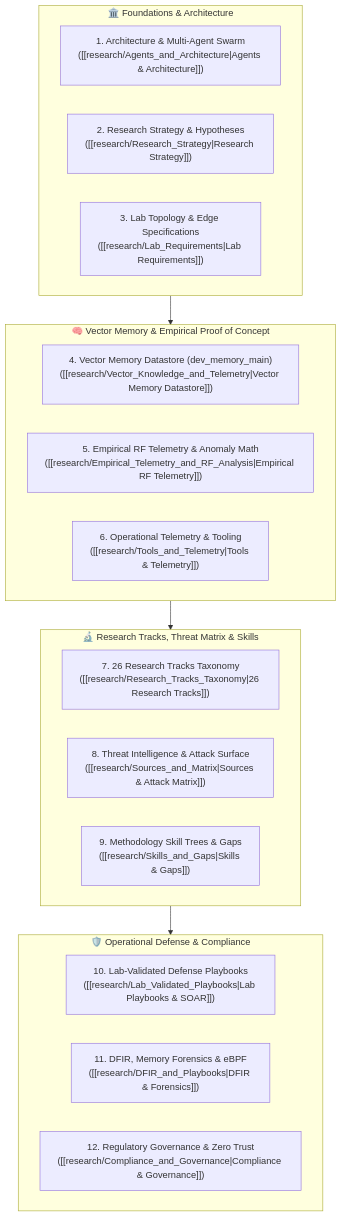
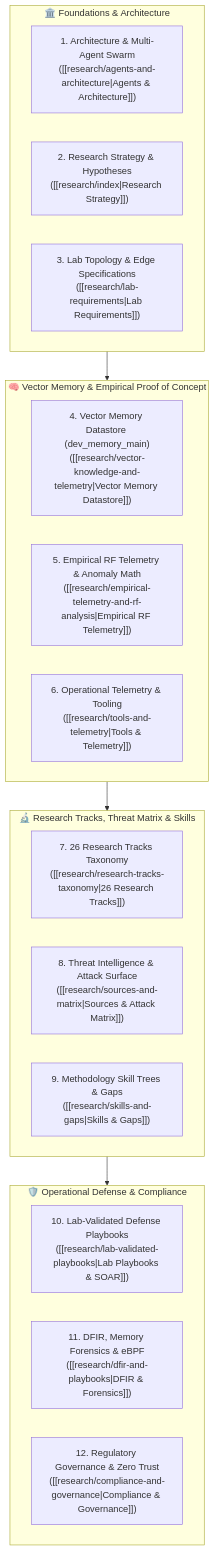
Before and after one commit to rpdev-cdn/wiki.iamrp.dev: the diagram in content/research/index.md, drawn with Mermaid. The commit also changed other lines of this file, not shown here.

Commit message:
fix(research): normalize internal wiki links to lowercase kebab-case

````diff
--- a/content/research/index.md
+++ b/content/research/index.md
@@ -41,30 +41,30 @@
 ```mermaid
 graph TD
     subgraph Foundation["🏛️ Foundations & Architecture"]
-        Arch["1. Architecture & Multi-Agent Swarm<br>([[research/Agents_and_Architecture|Agents & Architecture]])"]
-        Strat["2. Research Strategy & Hypotheses<br>([[research/Research_Strategy|Research Strategy]])"]
-        Lab["3. Lab Topology & Edge Specifications<br>([[research/Lab_Requirements|Lab Requirements]])"]
+        Arch["1. Architecture & Multi-Agent Swarm<br>([[research/agents-and-architecture|Agents & Architecture]])"]
+        Strat["2. Research Strategy & Hypotheses<br>([[research/index|Research Strategy]])"]
+        Lab["3. Lab Topology & Edge Specifications<br>([[research/lab-requirements|Lab Requirements]])"]
     end
 
     subgraph Vector_Cognition["🧠 Vector Memory & Empirical Proof of Concept"]
-        Vector["4. Vector Memory Datastore (dev_memory_main)<br>([[research/Vector_Knowledge_and_Telemetry|Vector Memory Datastore]])"]
-        RF["5. Empirical RF Telemetry & Anomaly Math<br>([[research/Empirical_Telemetry_and_RF_Analysis|Empirical RF Telemetry]])"]
-        Tools["6. Operational Telemetry & Tooling<br>([[research/Tools_and_Telemetry|Tools & Telemetry]])"]
+        Vector["4. Vector Memory Datastore (dev_memory_main)<br>([[research/vector-knowledge-and-telemetry|Vector Memory Datastore]])"]
+        RF["5. Empirical RF Telemetry & Anomaly Math<br>([[research/empirical-telemetry-and-rf-analysis|Empirical RF Telemetry]])"]
+        Tools["6. Operational Telemetry & Tooling<br>([[research/tools-and-telemetry|Tools & Telemetry]])"]
     end
 
     subgraph Deep_Research["🔬 Research Tracks, Threat Matrix & Skills"]
-        Tracks["7. 26 Research Tracks Taxonomy<br>([[research/Research_Tracks_Taxonomy|26 Research Tracks]])"]
-        Matrix["8. Threat Intelligence & Attack Surface<br>([[research/Sources_and_Matrix|Sources & Attack Matrix]])"]
-        Skills["9. Methodology Skill Trees & Gaps<br>([[research/Skills_and_Gaps|Skills & Gaps]])"]
+        Tracks["7. 26 Research Tracks Taxonomy<br>([[research/research-tracks-taxonomy|26 Research Tracks]])"]
+        Matrix["8. Threat Intelligence & Attack Surface<br>([[research/sources-and-matrix|Sources & Attack Matrix]])"]
+        Skills["9. Methodology Skill Trees & Gaps<br>([[research/skills-and-gaps|Skills & Gaps]])"]
     end
 
     subgraph Operations_Governance["🛡️ Operational Defense & Compliance"]
-        Playbooks["10. Lab-Validated Defense Playbooks<br>([[research/Lab_Validated_Playbooks|Lab Playbooks & SOAR]])"]
-        DFIR["11. DFIR, Memory Forensics & eBPF<br>([[research/DFIR_and_Playbooks|DFIR & Forensics]])"]
-        Gov["12. Regulatory Governance & Zero Trust<br>([[research/Compliance_and_Governance|Compliance & Governance]])"]
+        Playbooks["10. Lab-Validated Defense Playbooks<br>([[research/lab-validated-playbooks|Lab Playbooks & SOAR]])"]
+        DFIR["11. DFIR, Memory Forensics & eBPF<br>([[research/dfir-and-playbooks|DFIR & Forensics]])"]
+        Gov["12. Regulatory Governance & Zero Trust<br>([[research/compliance-and-governance|Compliance & Governance]])"]
     end
 
     Foundation --> Vector_Cognition
     Vector_Cognition --> Deep_Research
     Deep_Research --> Operations_Governance
 ```
````
